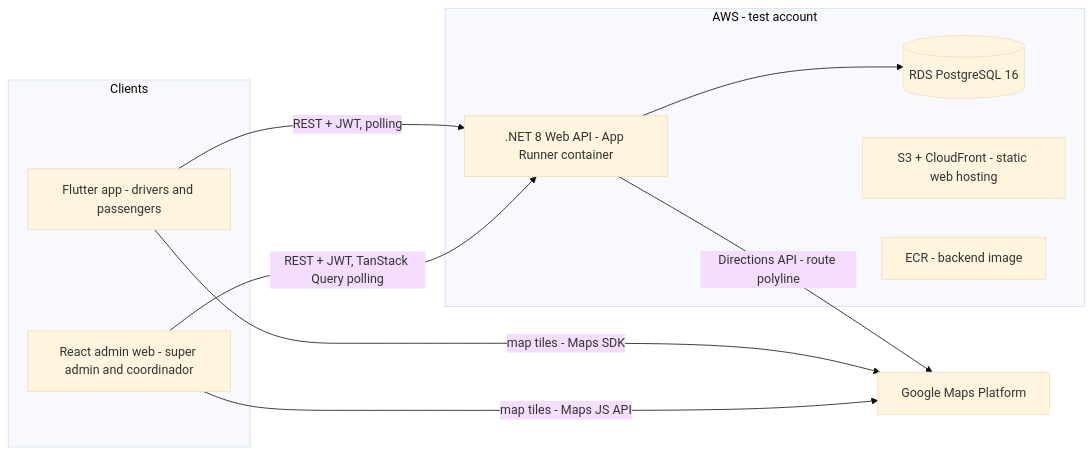
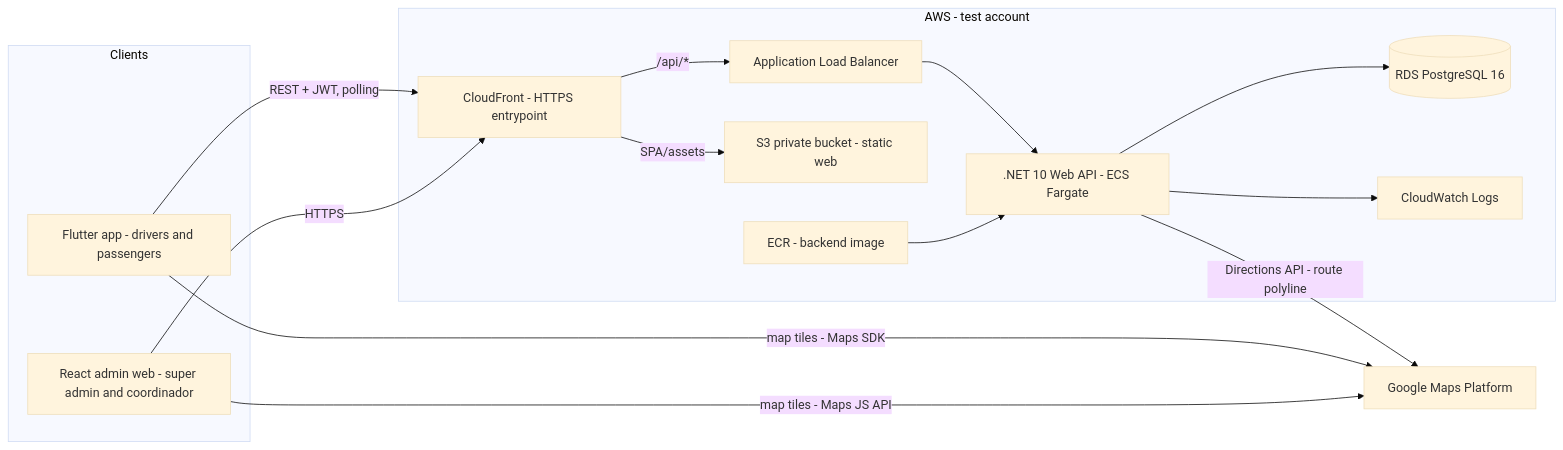
Before and after one commit to Melod7/smart-carpool-security-1: the second of 8 diagrams in PLAN.md, drawn with Mermaid (base theme). The commit also changed other lines of this file and 23 other files, not shown here.

````diff
--- a/PLAN.md
+++ b/PLAN.md
@@ -102,21 +103,29 @@
 ```mermaid
 flowchart LR
   subgraph clients [Clients]
     Mobile[Flutter app - drivers and passengers]
     Web[React admin web - super admin and coordinador]
   end
   subgraph aws [AWS - test account]
-    API[.NET 8 Web API - App Runner container]
+    CF[CloudFront - HTTPS entrypoint]
+    ALB[Application Load Balancer]
+    API[.NET 10 Web API - ECS Fargate]
     DB[(RDS PostgreSQL 16)]
-    S3[S3 + CloudFront - static web hosting]
+    S3[S3 private bucket - static web]
     ECR[ECR - backend image]
+    LOGS[CloudWatch Logs]
   end
   GMaps[Google Maps Platform]
 
-  Mobile -->|REST + JWT, polling| API
-  Web -->|REST + JWT, TanStack Query polling| API
+  Mobile -->|REST + JWT, polling| CF
+  Web -->|HTTPS| CF
+  CF -->|SPA/assets| S3
+  CF -->|/api/*| ALB
+  ALB --> API
+  ECR --> API
   API --> DB
+  API --> LOGS
   Mobile -->|map tiles - Maps SDK| GMaps
   Web -->|map tiles - Maps JS API| GMaps
   API -->|Directions API - route polyline| GMaps
 ```
````
